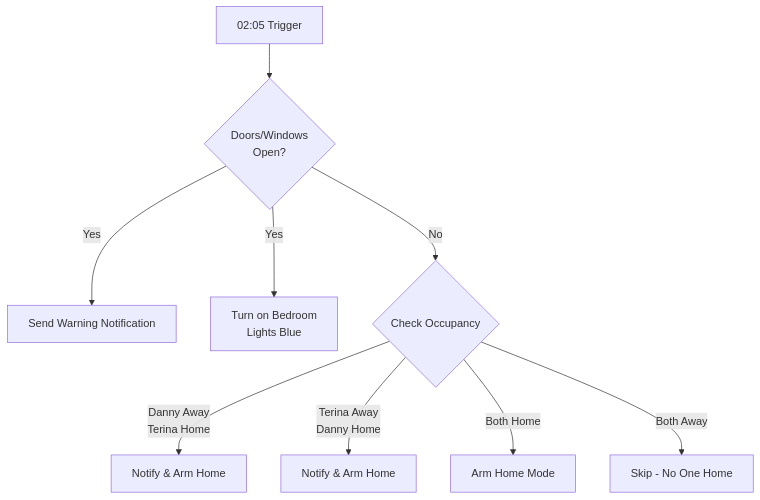
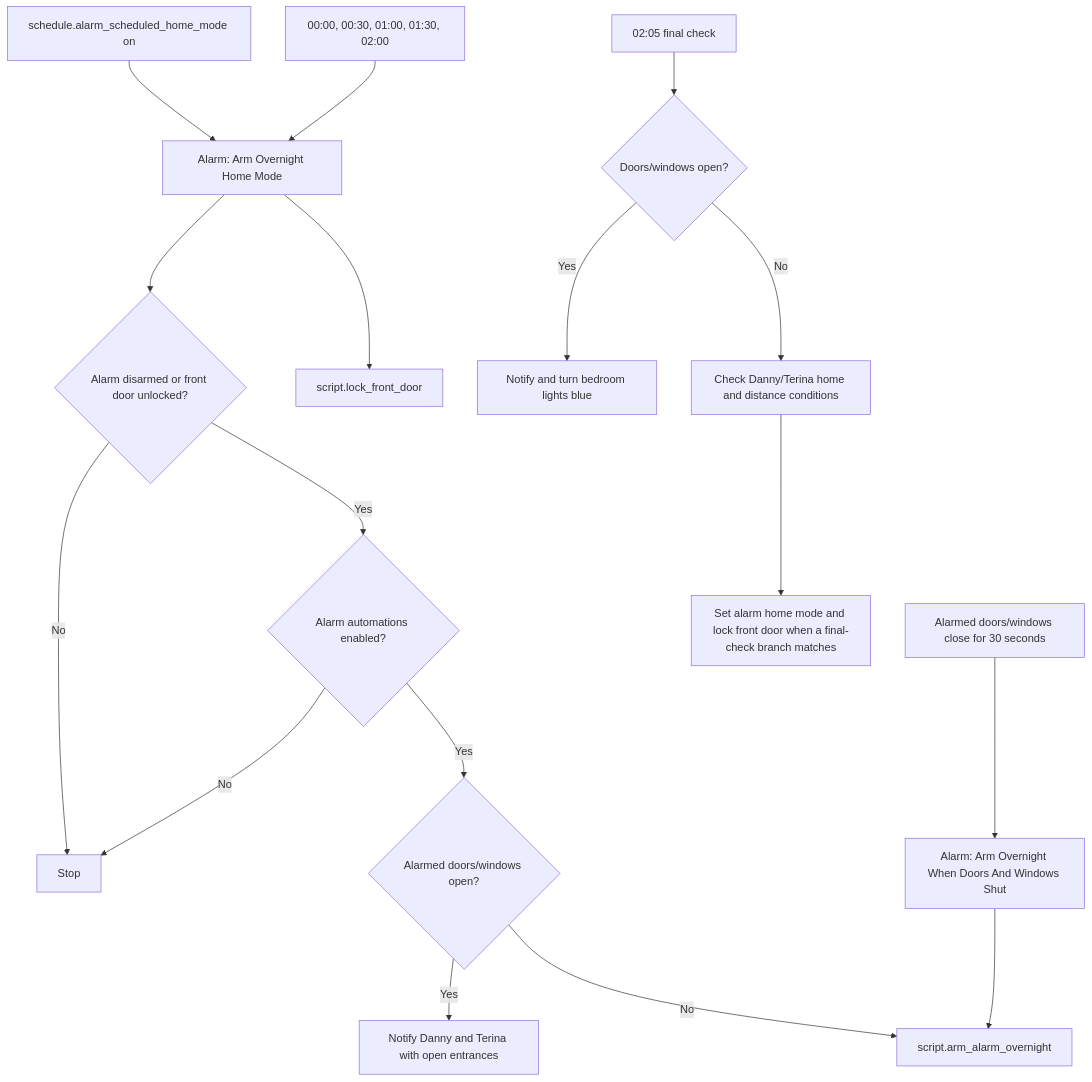
Before and after one commit to dannytsang/homeassistant-config: the first of 2 diagrams in packages/integrations/alarm_README.md, drawn with Mermaid. The commit also changed other lines of this file and 60 other files, not shown here.

````diff
--- a/packages/integrations/alarm_README.md
+++ b/packages/integrations/alarm_README.md
@@ -210,11 +26,21 @@
 ```mermaid
 flowchart TD
-    A[02:05 Trigger] --> B{Doors/Windows<br/>Open?}
-    B -->|Yes| C[Send Warning Notification]
-    B -->|Yes| D[Turn on Bedroom<br/>Lights Blue]
-    B -->|No| E{Check Occupancy}
-    E -->|Danny Away<br/>Terina Home| F[Notify & Arm Home]
-    E -->|Terina Away<br/>Danny Home| G[Notify & Arm Home]
-    E -->|Both Home| H[Arm Home Mode]
-    E -->|Both Away| I[Skip - No One Home]
+    Schedule[schedule.alarm_scheduled_home_mode on] --> ArmCheck[Alarm: Arm Overnight Home Mode]
+    TimeChecks[00:00, 00:30, 01:00, 01:30, 02:00] --> ArmCheck
+    ArmCheck --> Basic{Alarm disarmed or front door unlocked?}
+    Basic -->|No| Stop[Stop]
+    Basic -->|Yes| Enabled{Alarm automations enabled?}
+    Enabled -->|No| Stop
+    Enabled -->|Yes| Openings{Alarmed doors/windows open?}
+    Openings -->|Yes| NotifyOpen[Notify Danny and Terina with open entrances]
+    Openings -->|No| Overnight[script.arm_alarm_overnight]
+    ArmCheck --> LockDoor[script.lock_front_door]
+
+    ClosedLater[Alarmed doors/windows close for 30 seconds] --> DoorCloseAuto[Alarm: Arm Overnight When Doors And Windows Shut]
+    DoorCloseAuto --> Overnight
+
+    Final[02:05 final check] --> FinalOpen{Doors/windows open?}
+    FinalOpen -->|Yes| BedroomWarn[Notify and turn bedroom lights blue]
+    FinalOpen -->|No| AdultCheck[Check Danny/Terina home and distance conditions]
+    AdultCheck --> FinalArm[Set alarm home mode and lock front door when a final-check branch matches]
 ```
````
